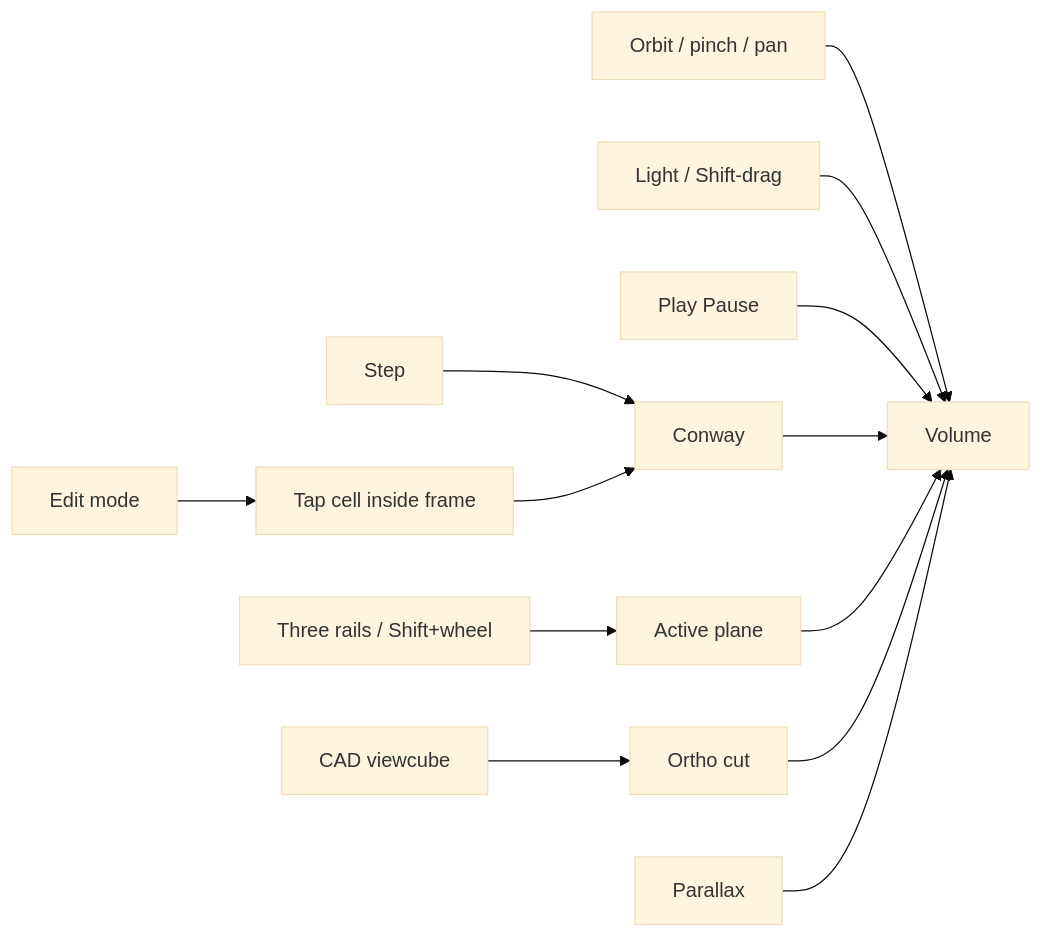
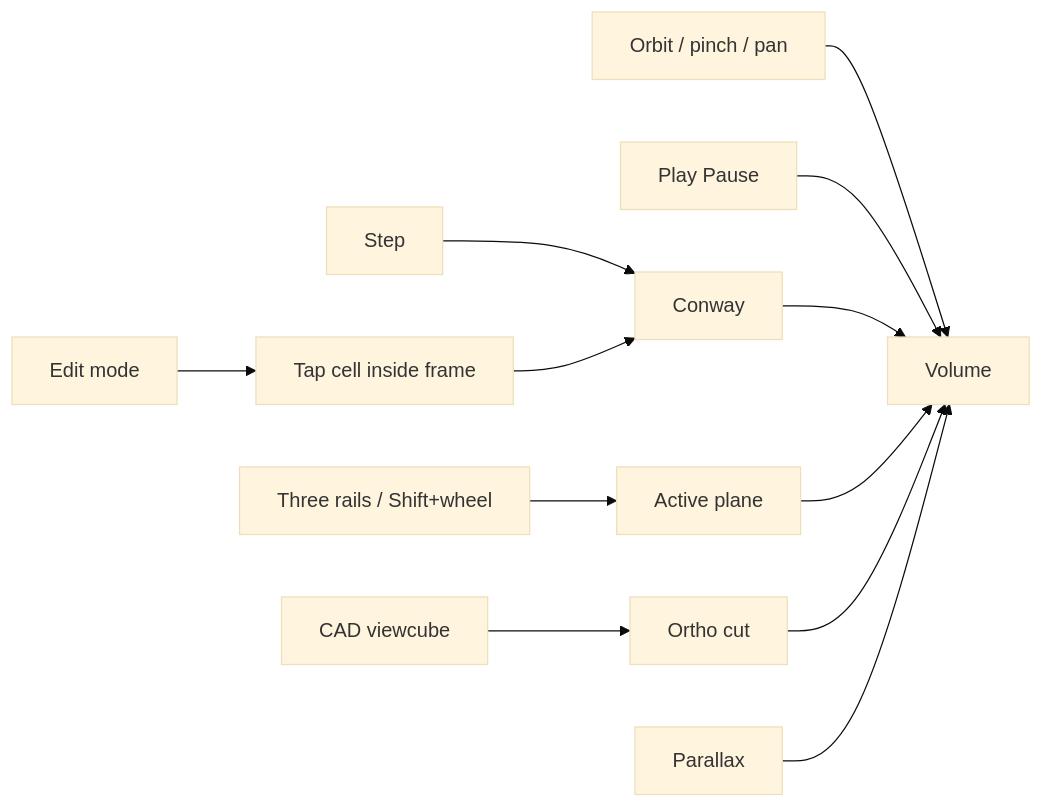
The first of 11 diagrams in docs/gui.md (PiMaV/DONNER), drawn with Mermaid (base theme) before and after one commit. The commit also changed other lines of this file and 10 other files, not shown here.

````diff
--- a/docs/gui.md
+++ b/docs/gui.md
@@ -8,15 +8,14 @@
 ```mermaid
 flowchart LR
   orbit[Orbit / pinch / pan] --> scene[Volume]
-  light[Light / Shift-drag] --> scene
   play[Play Pause] --> scene
   step[Step] --> sim[Conway]
   sim --> scene
   scrub[Three rails / Shift+wheel] --> plane[Active plane]
   plane --> scene
   edit[Edit mode] --> paint[Tap cell inside frame]
   paint --> sim
   gizmo[CAD viewcube] --> cut[Ortho cut]
   cut --> scene
   para[Parallax] --> scene
 ```
````
